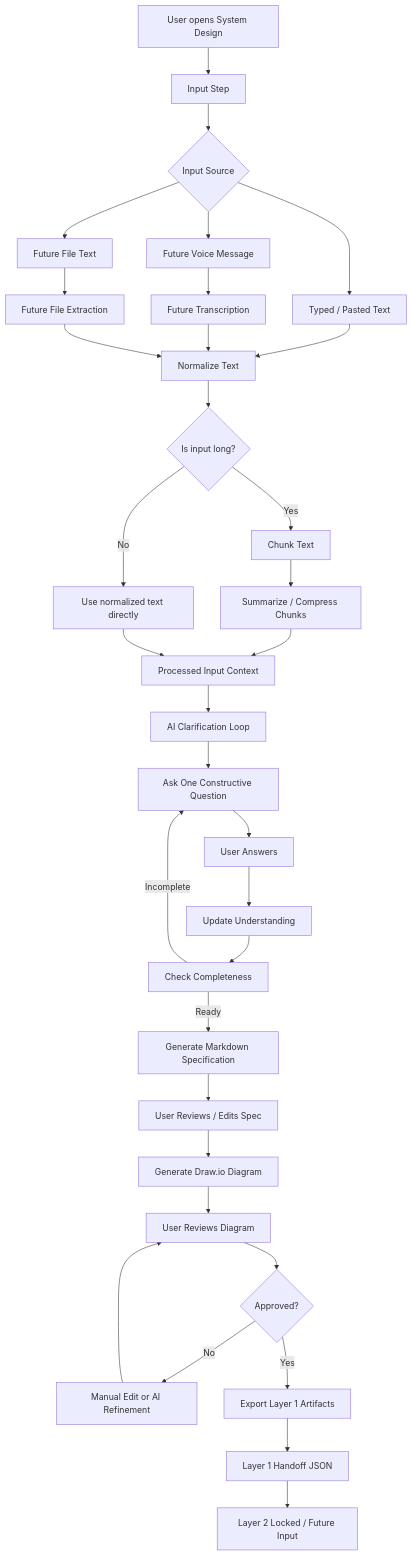
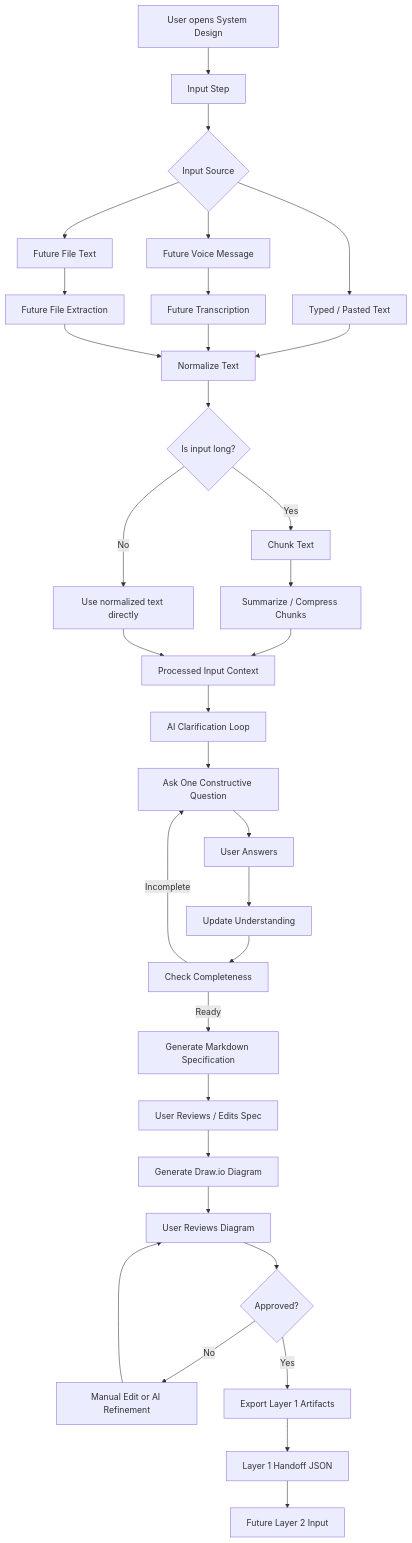
The third of 23 diagrams in Docs/system-design-detailed-plan.md (ProductMasterz/Mujarrad-Frontend), drawn with Mermaid before and after one commit. The commit also changed other lines of this file, not shown here.

Commit message:
Enhance system design architecture plan

````diff
--- a/Docs/system-design-detailed-plan.md
+++ b/Docs/system-design-detailed-plan.md
@@ -178,37 +174,42 @@
 ```mermaid
 flowchart TD
     A[User opens System Design] --> B[Input Step]
+
     B --> C{Input Source}
     C --> C1[Typed / Pasted Text]
     C --> C2[Future Voice Message]
     C --> C3[Future File Text]
 
     C1 --> D[Normalize Text]
     C2 --> T[Future Transcription] --> D
     C3 --> F[Future File Extraction] --> D
 
     D --> E{Is input long?}
     E -->|No| G[Use normalized text directly]
     E -->|Yes| H[Chunk Text]
+
     H --> I[Summarize / Compress Chunks]
     I --> J[Processed Input Context]
     G --> J
 
     J --> K[AI Clarification Loop]
     K --> L[Ask One Constructive Question]
     L --> M[User Answers]
     M --> N[Update Understanding]
     N --> O[Check Completeness]
+
     O -->|Incomplete| L
     O -->|Ready| P[Generate Markdown Specification]
 
     P --> Q[User Reviews / Edits Spec]
     Q --> R[Generate Draw.io Diagram]
     R --> S[User Reviews Diagram]
+
     S --> U{Approved?}
     U -->|No| V[Manual Edit or AI Refinement]
     V --> S
     U -->|Yes| W[Export Layer 1 Artifacts]
+
     W --> X[Layer 1 Handoff JSON]
-    X --> Y[Layer 2 Locked / Future Input]
+    X --> Y[Future Layer 2 Input]
 ```
````
